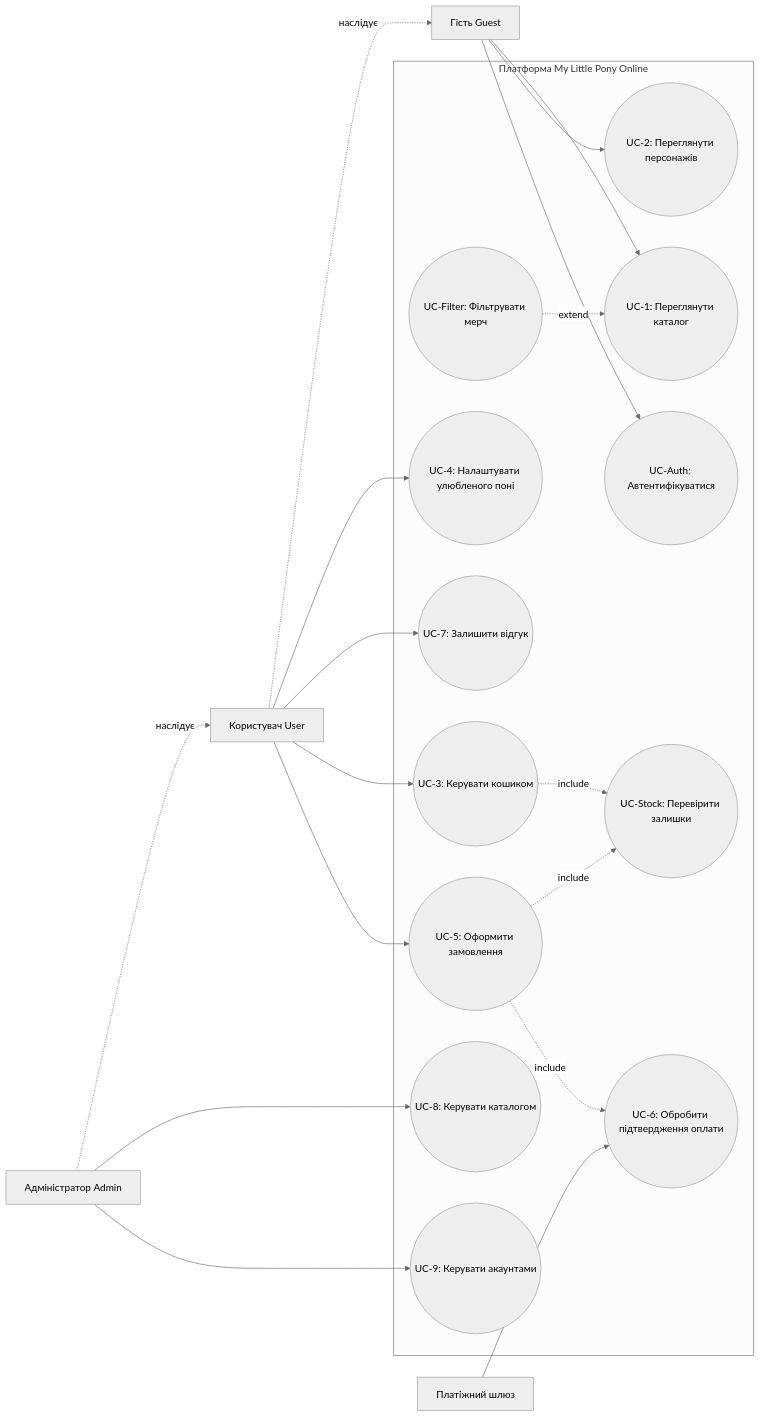
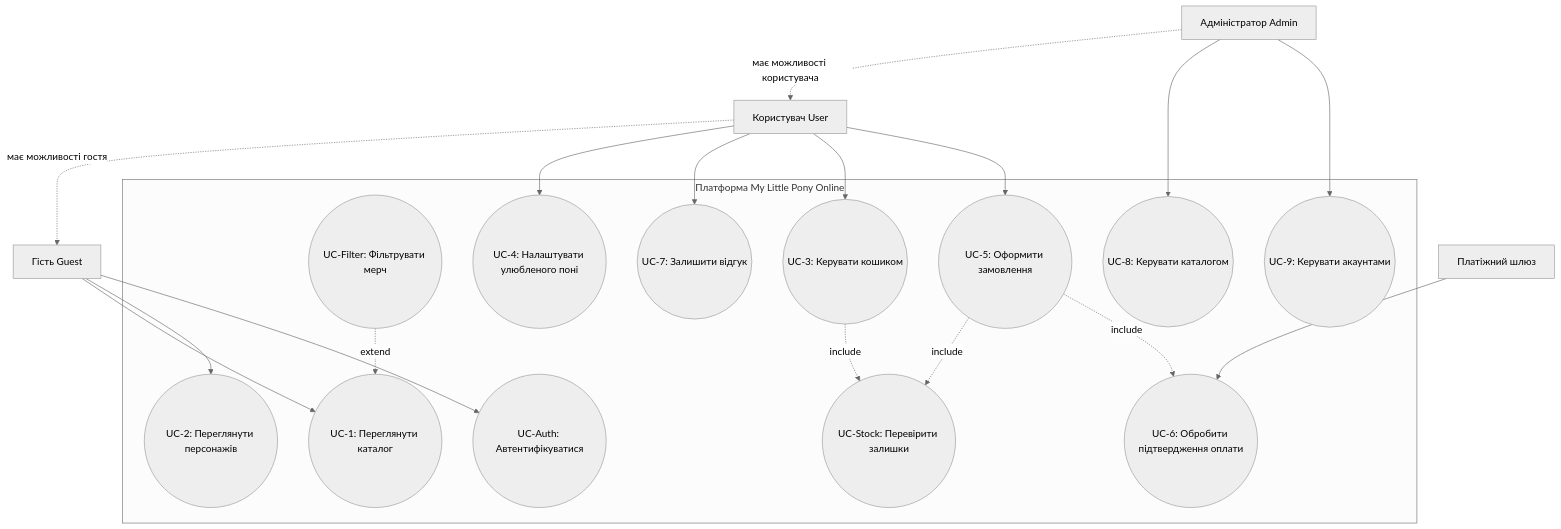
Before and after one commit to XxMariavxX/Mavpz-labs: the diagram in lab2/use_case.mmd, drawn with Mermaid (neutral theme). The commit also changed 3 other files, not shown here.

````diff
--- a/lab2/use_case.mmd
+++ b/lab2/use_case.mmd
@@ -1,41 +1,41 @@
 ```mermaid
-flowchart LR
+flowchart TB
     Guest[Гість Guest]
     User[Користувач User]
     Admin[Адміністратор Admin]
     PG[Платіжний шлюз]
 
-    User -.->|наслідує| Guest
-    Admin -.->|наслідує| User
+    User -.->|має можливості гостя| Guest
+    Admin -.->|має можливості користувача| User
 
     subgraph Platform[Платформа My Little Pony Online]
         UC1((UC-1: Переглянути каталог))
         UC2((UC-2: Переглянути персонажів))
         UCF((UC-Filter: Фільтрувати мерч))
         UCA((UC-Auth: Автентифікуватися))
         UC4((UC-4: Налаштувати улюбленого поні))
         UC7((UC-7: Залишити відгук))
         UC3((UC-3: Керувати кошиком))
         UC5((UC-5: Оформити замовлення))
         UCS((UC-Stock: Перевірити залишки))
         UC6((UC-6: Обробити підтвердження оплати))
         UC8((UC-8: Керувати каталогом))
         UC9((UC-9: Керувати акаунтами))
     end
 
     Guest --> UC1
     Guest --> UC2
     Guest --> UCA
     User --> UC4
     User --> UC7
     User --> UC3
     User --> UC5
     Admin --> UC8
     Admin --> UC9
     PG --> UC6
 
     UCF -.->|extend| UC1
     UC3 -.->|include| UCS
     UC5 -.->|include| UCS
     UC5 -.->|include| UC6
 ```
````
